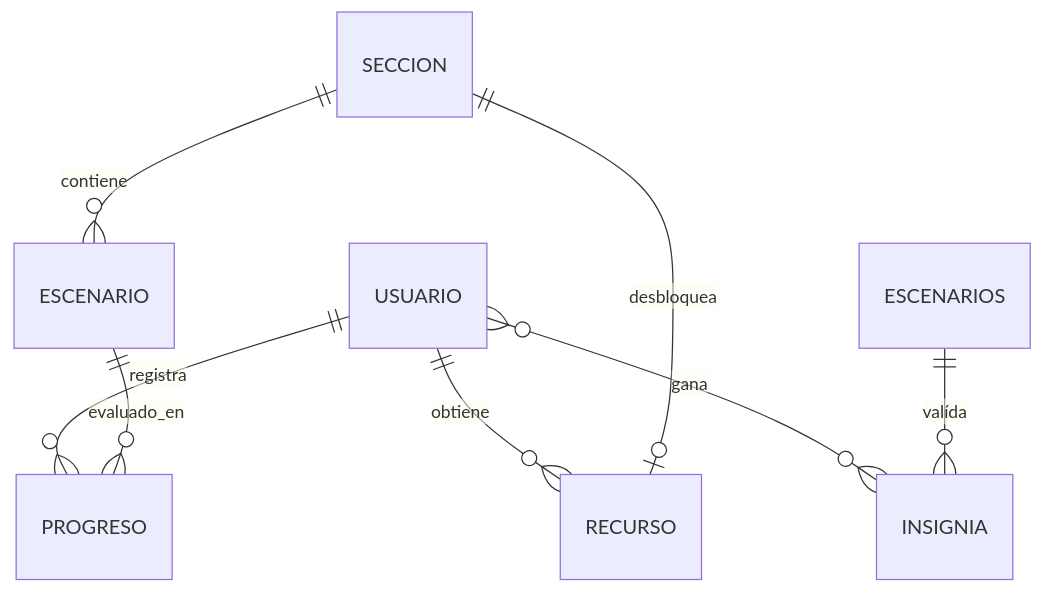
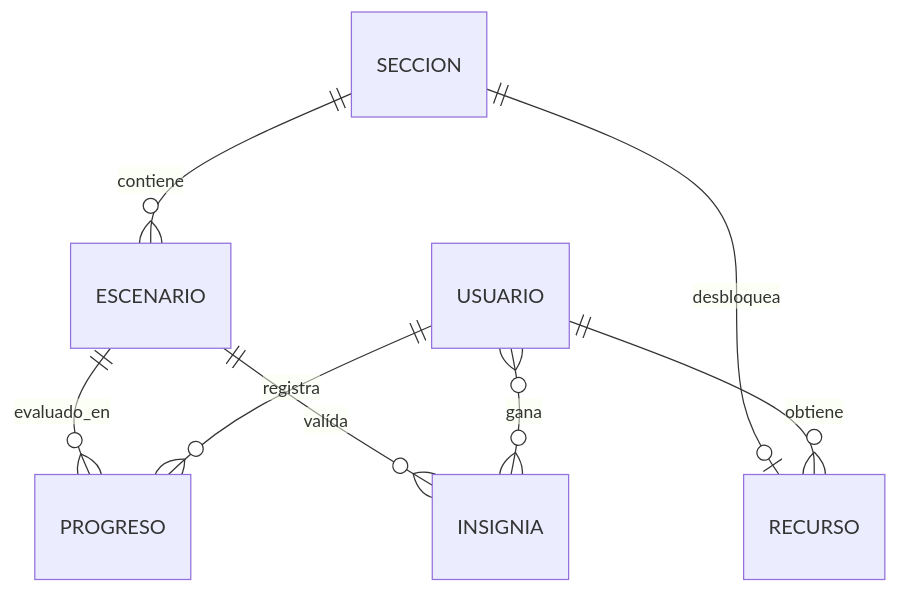
The first of 2 diagrams in Back-End/Readme.md (Isaac-94/proyecto-matematicas-grupo8), drawn with Mermaid before and after one commit. The commit also changed other lines of this file and 54 other files, not shown here.

````diff
--- a/Back-End/Readme.md
+++ b/Back-End/Readme.md
@@ -103,12 +129,10 @@
 ```mermaid
-
 erDiagram
 USUARIO ||--o{ PROGRESO : "registra"
 USUARIO ||--o{ RECURSO : "obtiene"
 USUARIO }o--o{ INSIGNIA : gana
 SECCION ||--o{ ESCENARIO : "contiene"
 SECCION ||--o| RECURSO : "desbloquea"
-ESCENARIOS ||--o{ INSIGNIA : valída
+ESCENARIO ||--o{ INSIGNIA : valída
 ESCENARIO ||--o{ PROGRESO : evaluado_en
-
 ```
````
